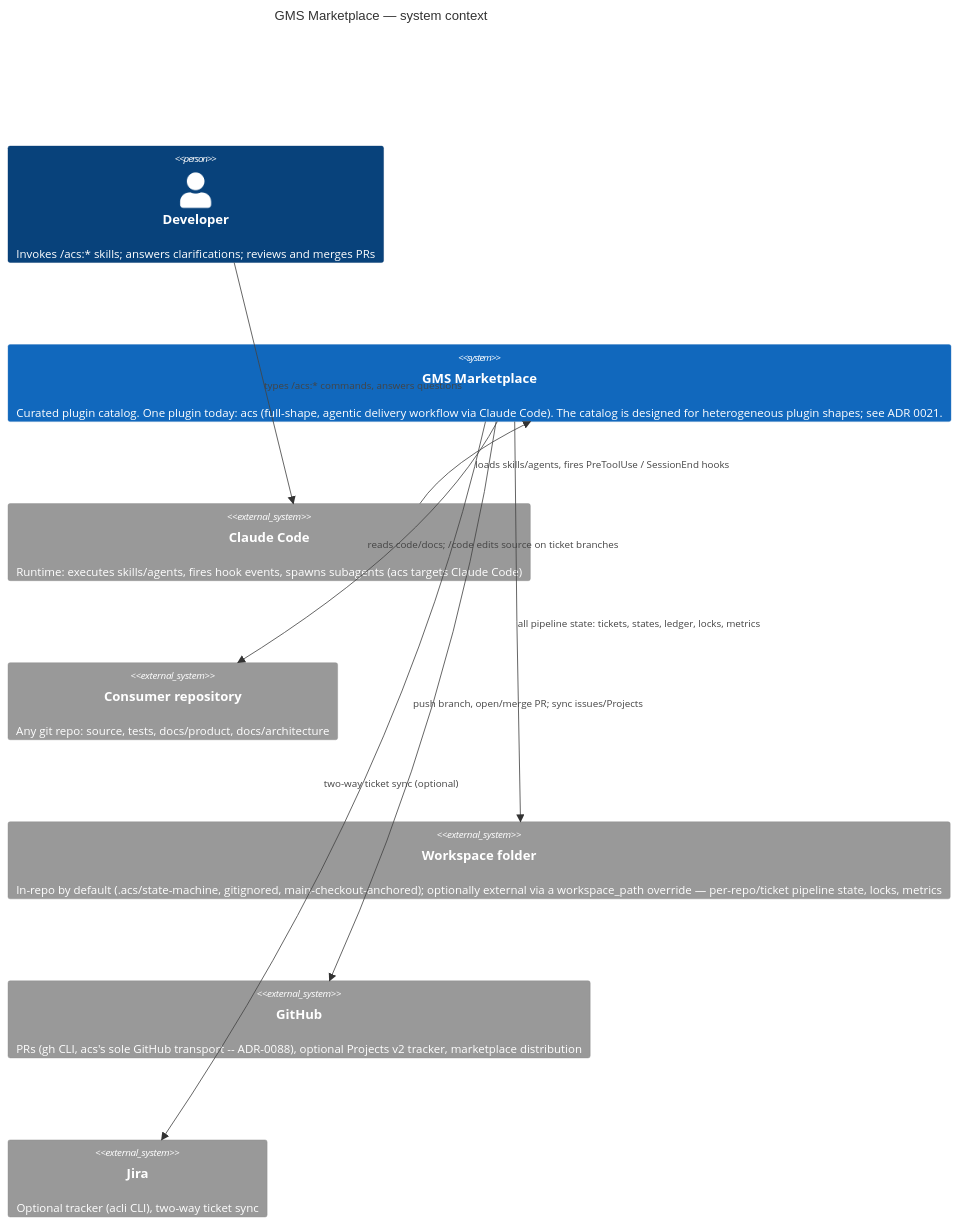
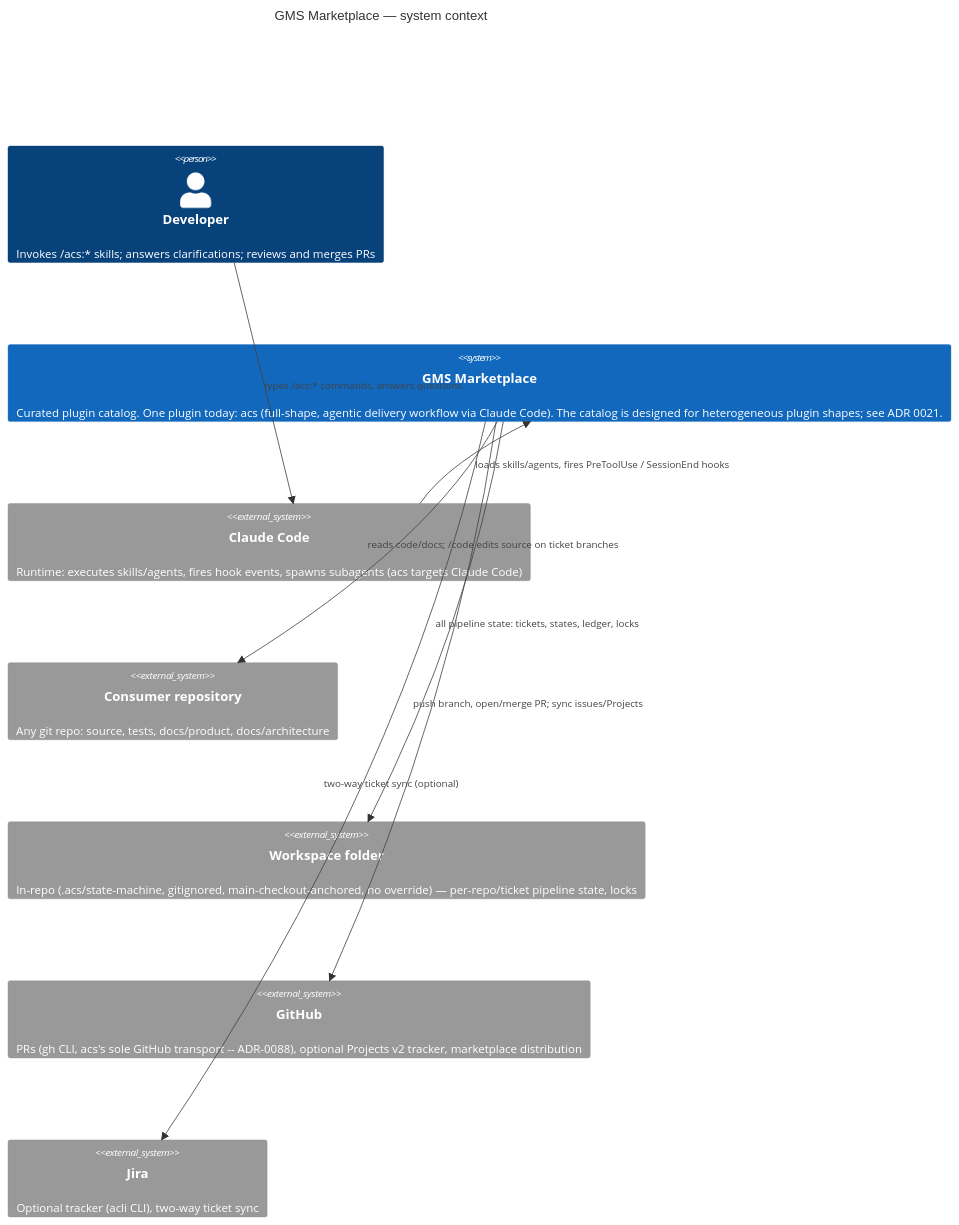
One commit to globalmindsolution/gms-marketplace changed the diagram in docs/architecture/hld/c4-context.md. Above: the diagram before and after it, drawn with Mermaid. The commit also changed 1036 other files, not shown here.

````diff
--- a/docs/architecture/hld/c4-context.md
+++ b/docs/architecture/hld/c4-context.md
@@ -3,21 +3,21 @@
 ```mermaid
 C4Context
     title GMS Marketplace — system context
 
     Person(dev, "Developer", "Invokes /acs:* skills; answers clarifications; reviews and merges PRs")
 
     System(mkt, "GMS Marketplace", "Curated plugin catalog. One plugin today: acs (full-shape, agentic delivery workflow via Claude Code). The catalog is designed for heterogeneous plugin shapes; see ADR 0021.")
 
     System_Ext(cc, "Claude Code", "Runtime: executes skills/agents, fires hook events, spawns subagents (acs targets Claude Code)")
     System_Ext(repo, "Consumer repository", "Any git repo: source, tests, docs/product, docs/architecture")
-    System_Ext(ws, "Workspace folder", "In-repo by default (.acs/state-machine, gitignored, main-checkout-anchored); optionally external via a workspace_path override — per-repo/ticket pipeline state, locks, metrics")
+    System_Ext(ws, "Workspace folder", "In-repo (.acs/state-machine, gitignored, main-checkout-anchored, no override) — per-repo/ticket pipeline state, locks")
     System_Ext(gh, "GitHub", "PRs (gh CLI, acs's sole GitHub transport -- ADR-0088), optional Projects v2 tracker, marketplace distribution")
     System_Ext(jira, "Jira", "Optional tracker (acli CLI), two-way ticket sync")
 
     Rel(dev, cc, "types /acs:* commands, answers questions")
     Rel(cc, mkt, "loads skills/agents, fires PreToolUse / SessionEnd hooks")
     Rel(mkt, repo, "reads code/docs; /code edits source on ticket branches")
-    Rel(mkt, ws, "all pipeline state: tickets, states, ledger, locks, metrics")
+    Rel(mkt, ws, "all pipeline state: tickets, states, ledger, locks")
     Rel(mkt, gh, "push branch, open/merge PR; sync issues/Projects")
     Rel(mkt, jira, "two-way ticket sync (optional)")
 ```
````
